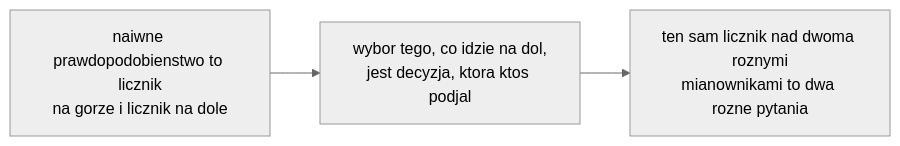
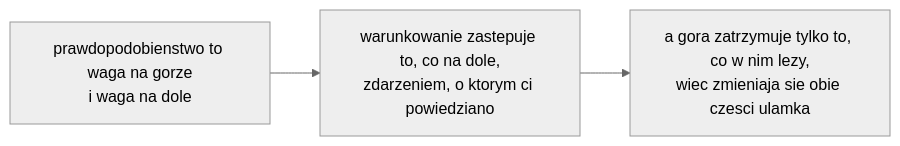
One commit to konradcinkusz/math-for-ai-engineers changed the diagram in figures/mermaid/pl/p23-two-denominators.mmd. Above: the diagram before and after it, drawn with Mermaid (neutral theme). The commit also changed 21 other files, not shown here.

```diff
--- a/figures/mermaid/pl/p23-two-denominators.mmd
+++ b/figures/mermaid/pl/p23-two-denominators.mmd
@@ -1,4 +1,4 @@
 flowchart LR
-  A["naiwne prawdopodobienstwo to licznik<br/>na gorze i licznik na dole"]
-  A --> B["wybor tego, co idzie na dol,<br/>jest decyzja, ktora ktos podjal"]
-  B --> C["ten sam licznik nad dwoma roznymi<br/>mianownikami to dwa rozne pytania"]
+  A["prawdopodobienstwo to waga na gorze<br/>i waga na dole"]
+  A --> B["warunkowanie zastepuje to, co na dole,<br/>zdarzeniem, o ktorym ci powiedziano"]
+  B --> C["a gora zatrzymuje tylko to, co w nim lezy,<br/>wiec zmieniaja sie obie czesci ulamka"]
```
